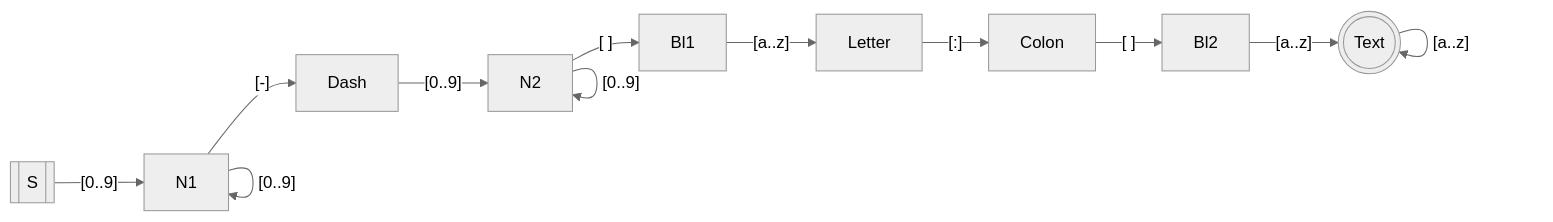
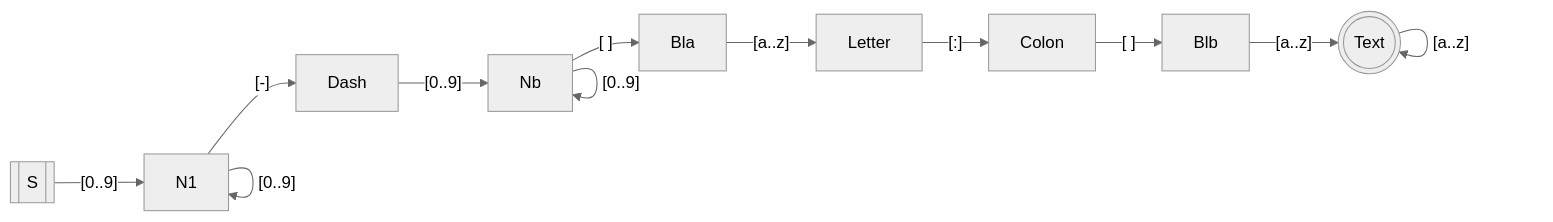
The first of 2 diagrams in rust/adventofcode-2020/day02/README.md (jepoen/screencasts), drawn with Mermaid (neutral theme) before and after one commit.

Commit message:
test mermaid

```diff
--- a/rust/adventofcode-2020/day02/README.md
+++ b/rust/adventofcode-2020/day02/README.md
@@ -27,17 +27,18 @@
 ~~~mermaid
 flowchart LR;
 S[[S]];
+Na[N1];
 Text(((Text)));
 
-S-->|"[0..9]"|N1;
-N1-->|"[0..9]"|N1;
-N1-->|"[-]"|Dash;
-Dash-->|"[0..9]"|N2;
-N2-->|"[0..9]"|N2;
-N2-->|"[ ]"|Bl1;
-Bl1-->|"[a..z]"|Letter;
+S-->|"[0..9]"|Na;
+Na-->|"[0..9]"|Na;
+Na-->|"[-]"|Dash;
+Dash-->|"[0..9]"|Nb;
+Nb-->|"[0..9]"|Nb;
+Nb-->|"[ ]"|Bla;
+Bla-->|"[a..z]"|Letter;
 Letter-->|"[:]"|Colon;
-Colon-->|"[ ]"|Bl2;
-Bl2-->|"[a..z]"|Text;
+Colon-->|"[ ]"|Blb;
+Blb-->|"[a..z]"|Text;
 Text-->|"[a..z]"|Text;
 ~~~
```
